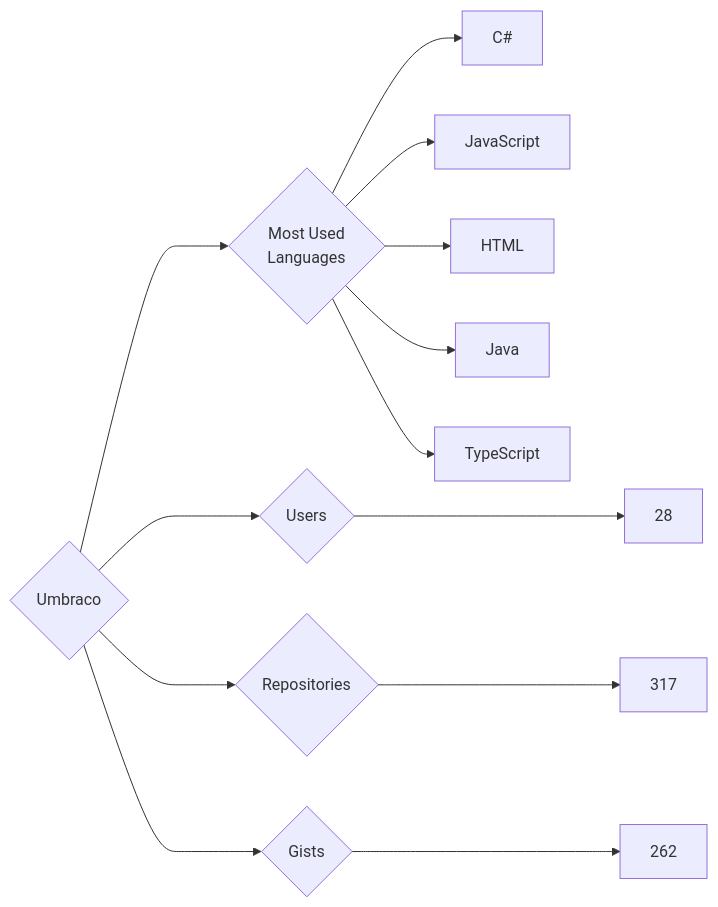
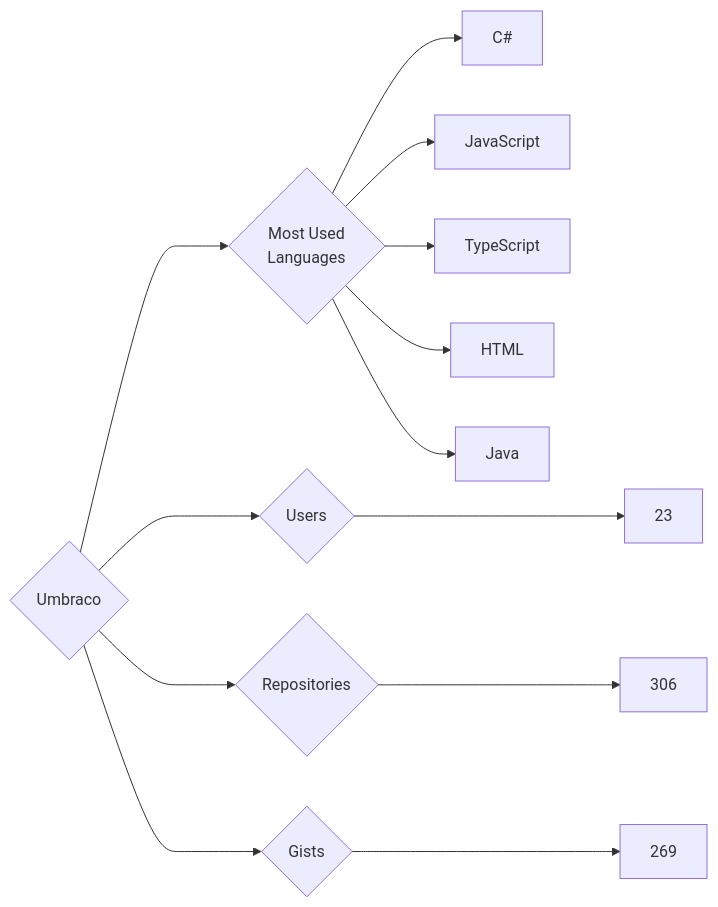
The diagram in targets/Umbraco/README.md (trickest/insiders), drawn with Mermaid before and after one commit. The commit also changed 1484 other files, not shown here.

````diff
--- a/targets/Umbraco/README.md
+++ b/targets/Umbraco/README.md
@@ -3,13 +3,13 @@
 ```mermaid
 graph LR
 COMPANY_NAME{Umbraco}
-COMPANY_NAME ---> U{Users} ---> UN[28]
-COMPANY_NAME ---> R{Repositories} ---> RN[317]
-COMPANY_NAME ---> G{Gists} ---> GN[262]
+COMPANY_NAME ---> U{Users} ---> UN[23]
+COMPANY_NAME ---> R{Repositories} ---> RN[306]
+COMPANY_NAME ---> G{Gists} ---> GN[269]
 COMPANY_NAME ---> ML{Most Used<br>Languages}
 ML --> C#[C#]
 ML --> JavaScript[JavaScript]
+ML --> TypeScript[TypeScript]
 ML --> HTML[HTML]
 ML --> Java[Java]
-ML --> TypeScript[TypeScript]
 ```
````
